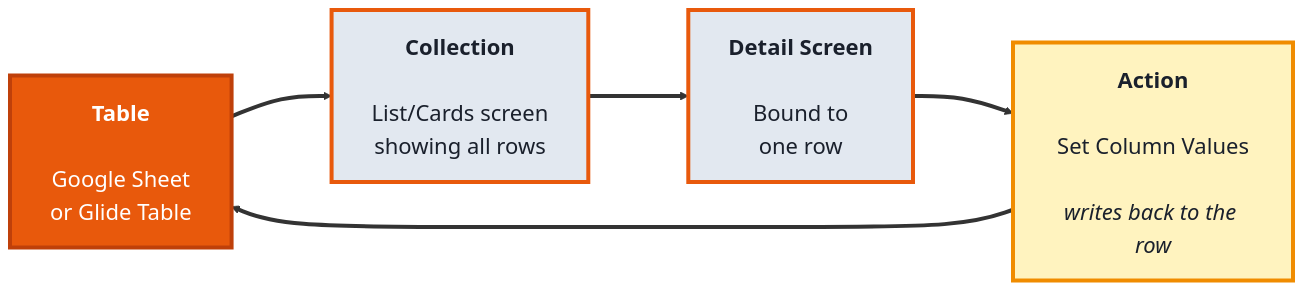
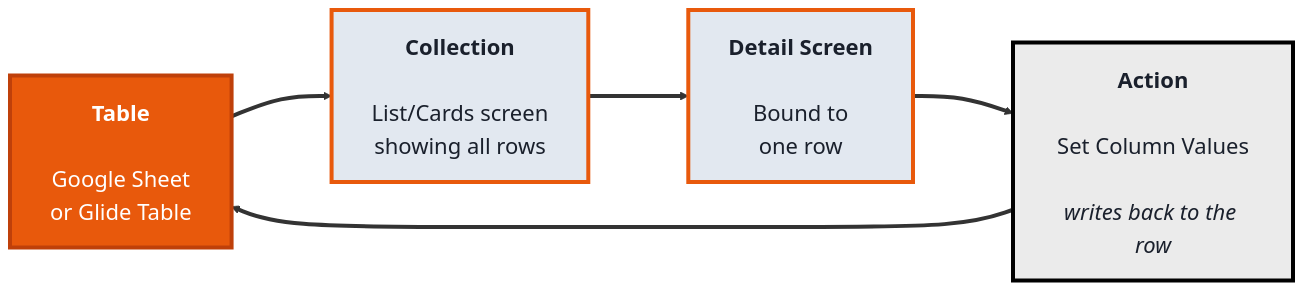
One commit to SHEMODELTECH/shemodeltech changed the second of 4 diagrams in src/Pages/courses/TechArchs/internal-apps-beginner-course.md. Above: the diagram before and after it, drawn with Mermaid. The commit also changed other lines of this file and 46 other files, not shown here.

````diff
--- a/src/Pages/courses/TechArchs/internal-apps-beginner-course.md
+++ b/src/Pages/courses/TechArchs/internal-apps-beginner-course.md
@@ -79,16 +79,16 @@
 ```mermaid
 %%{init: {'theme':'base', 'themeVariables': {'fontSize':'22px', 'primaryTextColor':'#1a202c', 'primaryBorderColor':'#e8590c', 'lineColor':'#333333'}, 'flowchart': {'nodeSpacing': 70, 'rankSpacing': 100, 'padding': 20}}}%%
 flowchart LR
     T["<b>Table</b><br/><br/>Google Sheet<br/>or Glide Table"]
     CO["<b>Collection</b><br/><br/>List/Cards screen<br/>showing all rows"]
     DT["<b>Detail Screen</b><br/><br/>Bound to<br/>one row"]
     AB["<b>Action</b><br/><br/>Set Column Values<br/><br/><i>writes back to the row</i>"]
 
     T ==> CO ==> DT ==> AB ==> T
 
     style T fill:#e8590c,color:#fff,stroke:#bf400a,stroke-width:4px
     style CO fill:#e2e8f0,color:#1a202c,stroke:#e8590c,stroke-width:4px
     style DT fill:#e2e8f0,color:#1a202c,stroke:#e8590c,stroke-width:4px
-    style AB fill:#fff3bf,color:#1a202c,stroke:#f08c00,stroke-width:4px
+    style AB fill:#EBEBEB,color:#1a202c,stroke:#000000,stroke-width:4px
     linkStyle default stroke-width:4px,stroke:#333333
 ```
````
